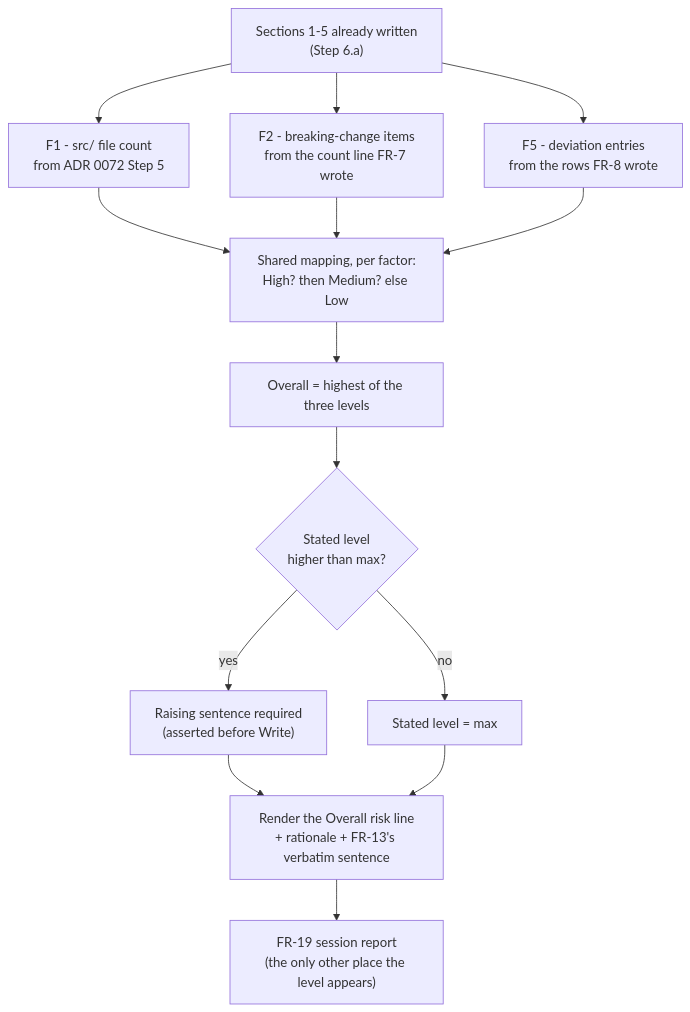
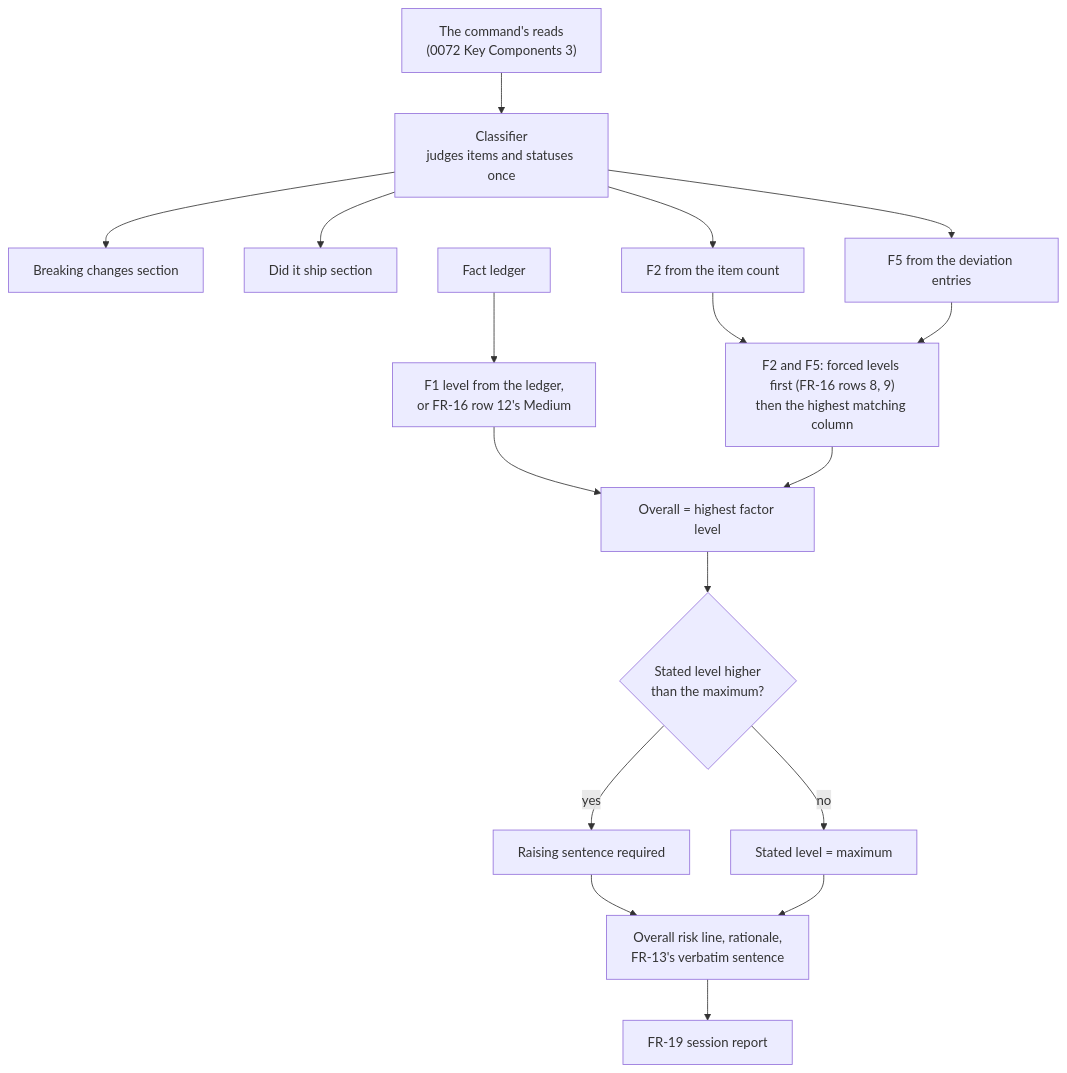
Before and after one commit to BrighterCommand/Brighter: the first of 2 diagrams in docs/adr/0073-show-me-advisory-risk-model.md, drawn with Mermaid. The commit also changed other lines of this file and 6 other files, not shown here.

````diff
--- a/docs/adr/0073-show-me-advisory-risk-model.md
+++ b/docs/adr/0073-show-me-advisory-risk-model.md
@@ -104,15 +129,20 @@
 ```mermaid
 flowchart TD
-    A["Sections 1-5 already written<br/>(Step 6.a)"] --> B & C & D
-    B["F1 - src/ file count<br/>from ADR 0072 Step 5"] --> E
-    C["F2 - breaking-change items<br/>from the count line FR-7 wrote"] --> E
-    D["F5 - deviation entries<br/>from the rows FR-8 wrote"] --> E
-    E["Shared mapping, per factor:<br/>High? then Medium? else Low"] --> F
-    F["Overall = highest of the three levels"] --> G
-    G{"Stated level<br/>higher than max?"}
-    G -->|"yes"| H["Raising sentence required<br/>(asserted before Write)"]
-    G -->|"no"| I["Stated level = max"]
-    H --> J["Render the Overall risk line<br/>+ rationale + FR-13's verbatim sentence"]
-    I --> J
-    J --> K["FR-19 session report<br/>(the only other place the level appears)"]
+    R["The command's reads<br/>(0072 Key Components 3)"] --> CL
+    CL["Classifier<br/>judges items and statuses once"] --> S7["Breaking changes section"]
+    CL --> S8["Did it ship section"]
+    CL --> F2["F2 from the item count"]
+    CL --> F5["F5 from the deviation entries"]
+    LED["Fact ledger"] --> F1["F1 level from the ledger,<br/>or FR-16 row 12's Medium"]
+    F1 --> MX
+    F2 --> FO
+    F5 --> FO
+    FO["F2 and F5: forced levels first (FR-16 rows 8, 9)<br/>then the highest matching column"] --> MX
+    MX["Overall = highest factor level"] --> G
+    G{"Stated level higher<br/>than the maximum?"}
+    G -->|"yes"| H["Raising sentence required"]
+    G -->|"no"| I["Stated level = maximum"]
+    H --> OUT["Overall risk line, rationale,<br/>FR-13's verbatim sentence"]
+    I --> OUT
+    OUT --> REP["FR-19 session report"]
 ```
````
